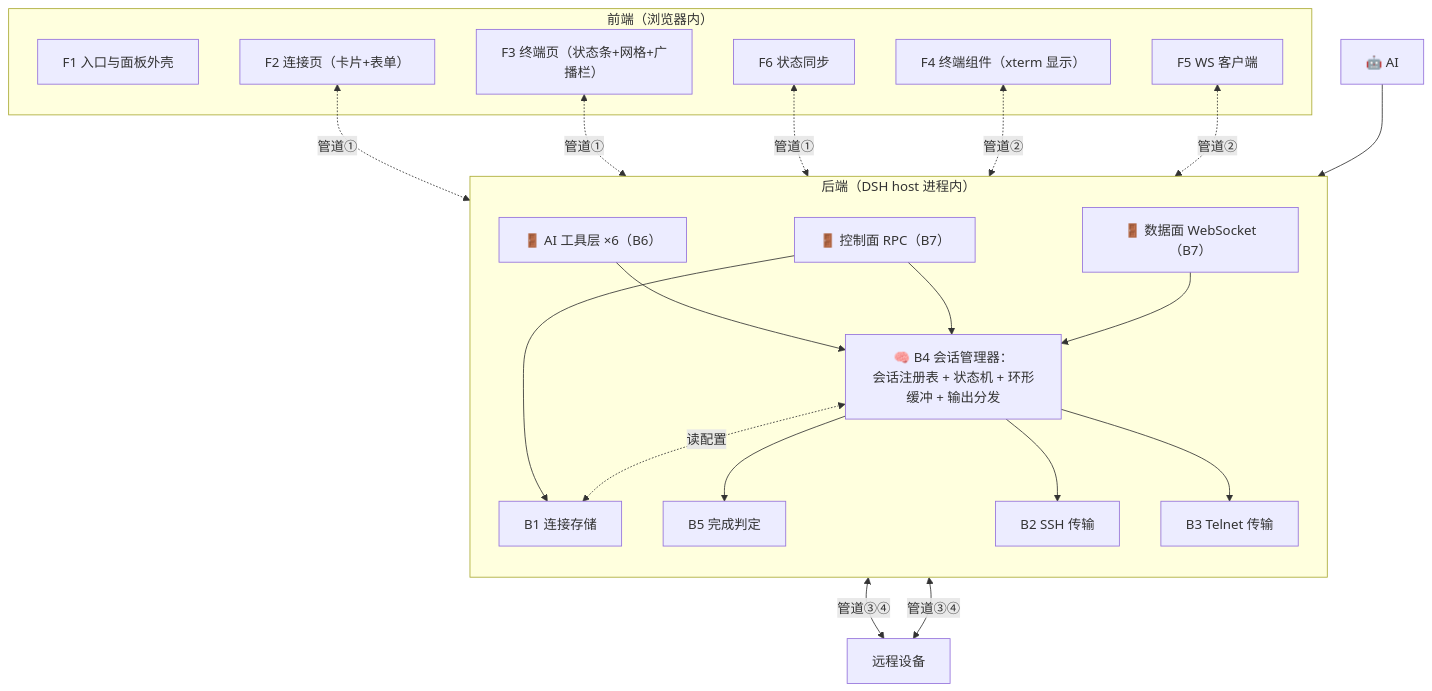
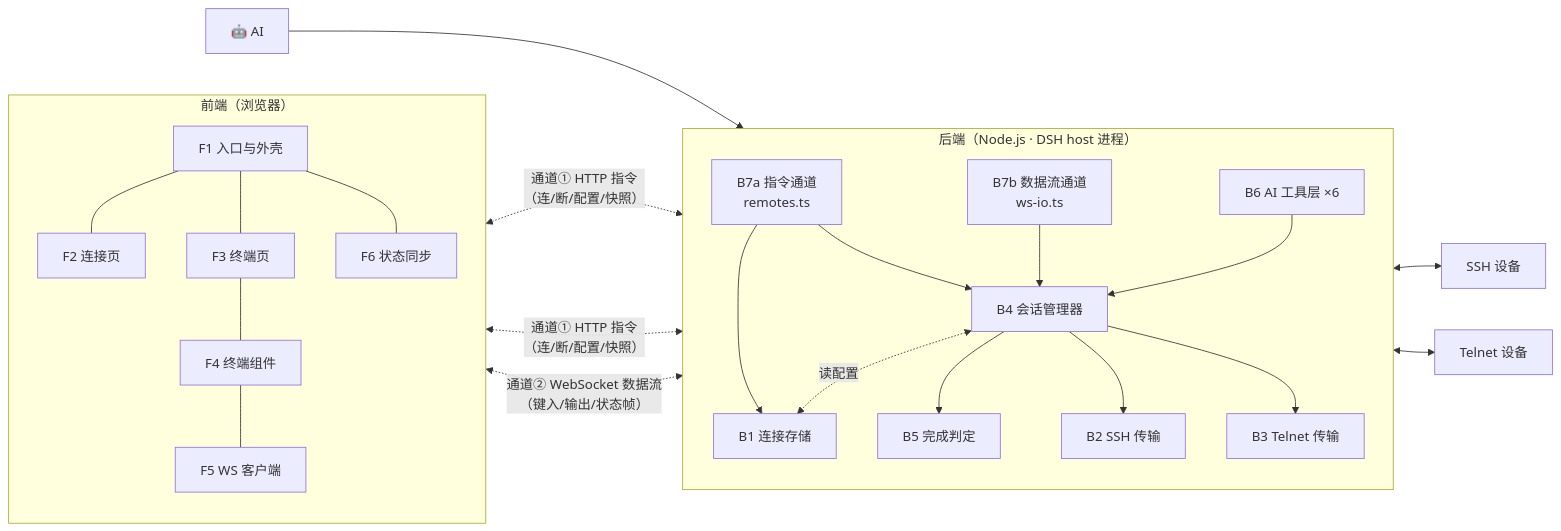
Before and after one commit to peng7peng/dsh-terminal-manager: the second of 16 diagrams in docs/solution.zh.md, drawn with Mermaid. The commit also changed other lines of this file, not shown here.

Commit message:
方案 v4: 第三部分按人的逻辑重构——3.0 前后端模块地图（桥梁）→ 3.1 一模块一图 → 3.2 目录树+想改什么改哪里映射表

````diff
--- a/docs/solution.zh.md
+++ b/docs/solution.zh.md
@@ -122,32 +135,40 @@
 ```mermaid
-flowchart TB
-    subgraph 后端["后端（DSH host 进程内）"]
+flowchart LR
+    subgraph FE["前端（浏览器）"]
         direction TB
-        门A["🚪 AI 工具层 ×6（B6）"]
-        门B["🚪 控制面 RPC（B7）"]
-        门C["🚪 数据面 WebSocket（B7）"]
-        SM["🧠 B4 会话管理器：<br/>会话注册表 + 状态机 + 环形缓冲 + 输出分发"]
-        WP["B5 完成判定"]
-        CS["B1 连接存储"]
-        T1["B2 SSH 传输"]
-        T2["B3 Telnet 传输"]
-        门A --> SM
-        门B --> SM & CS
-        门C --> SM
-        SM --> WP
-        SM --> T1 & T2
-        SM <-. 读配置 .-> CS
+        F1["F1 入口与外壳"]
+        F2["F2 连接页"]
+        F3["F3 终端页"]
+        F4["F4 终端组件"]
+        F5["F5 WS 客户端"]
+        F6["F6 状态同步"]
+        F1 --- F2 & F3
+        F3 --- F4
+        F4 --- F5
+        F1 --- F6
     end
-    subgraph 前端["前端（浏览器内）"]
-        UI1["F1 入口与面板外壳"]
-        UI2["F2 连接页（卡片+表单）"]
-        UI3["F3 终端页（状态条+网格+广播栏）"]
-        UI4["F4 终端组件（xterm 显示）"]
-        UI5["F5 WS 客户端"]
-        UI6["F6 状态同步"]
+
+    subgraph BE["后端（Node.js · DSH host 进程）"]
+        direction TB
+        B7a["B7a 指令通道<br/>remotes.ts"]
+        B7b["B7b 数据流通道<br/>ws-io.ts"]
+        B6["B6 AI 工具层 ×6"]
+        B4["B4 会话管理器"]
+        B5["B5 完成判定"]
+        B1["B1 连接存储"]
+        B2["B2 SSH 传输"]
+        B3["B3 Telnet 传输"]
+        B7a --> B4 & B1
+        B7b --> B4
+        B6 --> B4
+        B4 --> B5
+        B4 --> B2 & B3
+        B4 <-. 读配置 .-> B1
     end
-    UI2 & UI3 & UI6 <-. "管道①" .-> 门B
-    UI4 & UI5 <-. "管道②" .-> 门C
-    AI["🤖 AI"] --> 门A
-    T1 & T2 <-- "管道③④" --> DEV["远程设备"]
+
+    AI["🤖 AI"] --> B6
+    F2 & F6 <-. "通道① HTTP 指令<br/>（连/断/配置/快照）" .-> B7a
+    F5 <-. "通道② WebSocket 数据流<br/>（键入/输出/状态帧）" .-> B7b
+    B2 <--> D1["SSH 设备"]
+    B3 <--> D2["Telnet 设备"]
 ```
````
